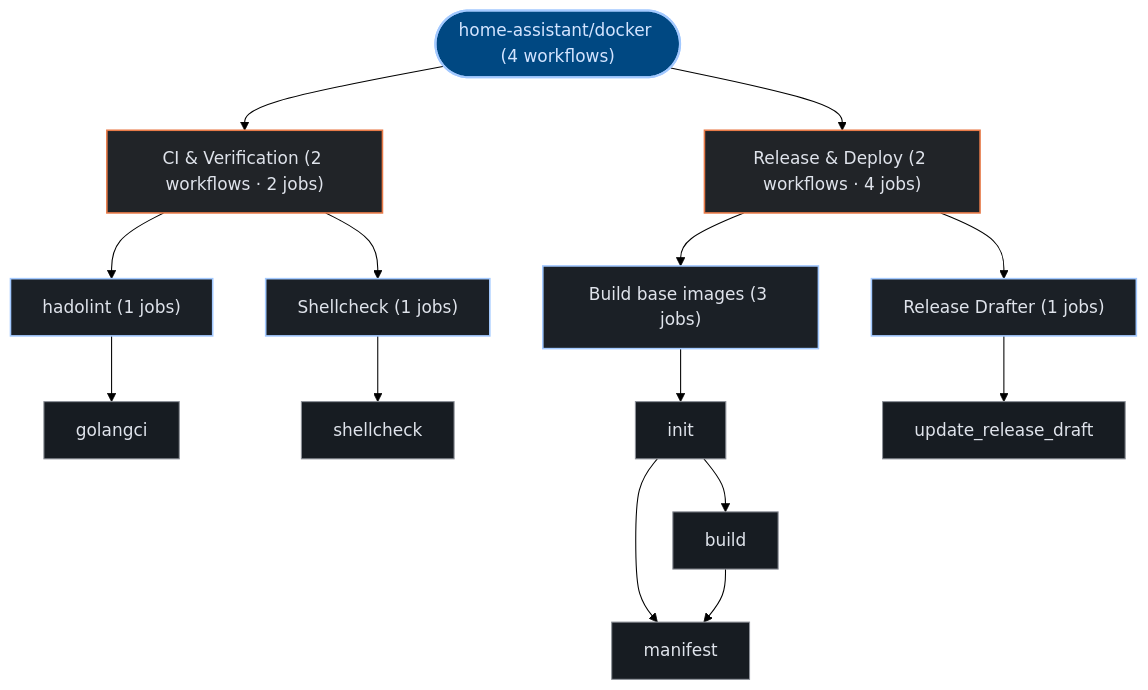
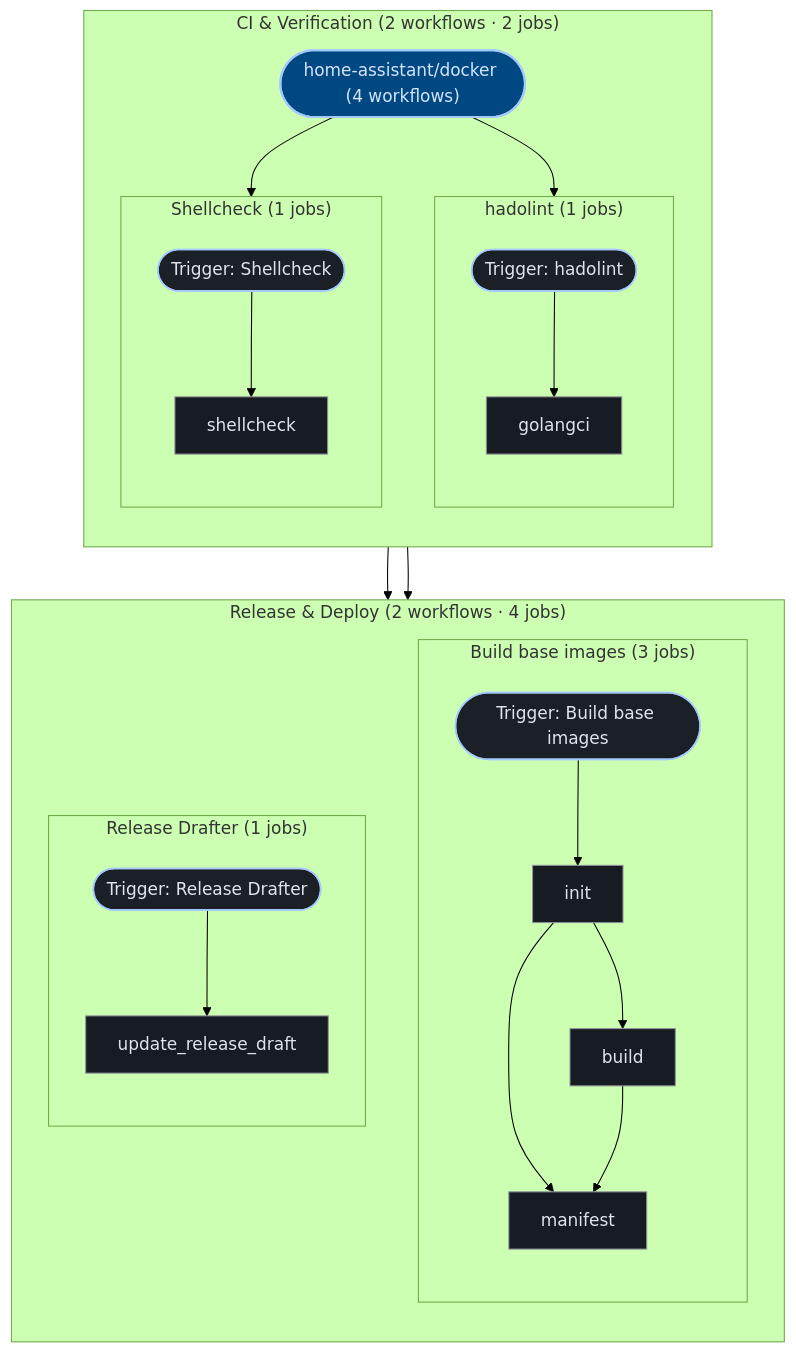
One commit to kumarshaz/atruss-code-atlas changed the second of 2 diagrams in exports/latest/reports/home-assistant-docker-report.md. Above: the diagram before and after it, drawn with Mermaid (forest theme). The commit also changed 181 other files, not shown here.

````diff
--- a/exports/latest/reports/home-assistant-docker-report.md
+++ b/exports/latest/reports/home-assistant-docker-report.md
@@ -81,36 +81,50 @@
 ```mermaid
 graph TD;
   classDef atlasRoot fill:#004882,stroke:#a3c9ff,stroke-width:2px,color:#d3e4ff
   classDef atlasCategory fill:#212428,stroke:#E87A48,stroke-width:1.5px,color:#dfe3eb
   classDef atlasWorkflow fill:#1b2026,stroke:#a3c9ff,stroke-width:1.5px,color:#dfe3eb
   classDef atlasJob fill:#171c22,stroke:#8d9199,stroke-width:1px,color:#dfe3eb
   classDef atlasTarget fill:#005227,stroke:#8bd99b,stroke-width:1.5px,color:#a7f6b6
   classDef atlasAlert fill:#93000a,stroke:#ffb4ab,stroke-width:1.5px,color:#ffdad6
   classDef atlasMore fill:#252a31,stroke:#8d9199,stroke-dasharray:4 4,color:#c3c6cf
   pipeline_root(["home-assistant/docker (4 workflows)"]):::atlasRoot
-  grp_0_CI___Verification["CI & Verification (2 workflows · 2 jobs)"]:::atlasCategory
-  pipeline_root --> grp_0_CI___Verification
-  wf_1_hadolint["hadolint (1 jobs)"]:::atlasWorkflow
-  grp_0_CI___Verification --> wf_1_hadolint
-  job_1_golangci["golangci"]:::atlasJob
-  wf_1_hadolint --> job_1_golangci
-  wf_3_Shellcheck["Shellcheck (1 jobs)"]:::atlasWorkflow
-  grp_0_CI___Verification --> wf_3_Shellcheck
-  job_3_shellcheck["shellcheck"]:::atlasJob
-  wf_3_Shellcheck --> job_3_shellcheck
-  grp_1_Release___Deploy["Release & Deploy (2 workflows · 4 jobs)"]:::atlasCategory
-  pipeline_root --> grp_1_Release___Deploy
-  wf_0_Build_base_images["Build base images (3 jobs)"]:::atlasWorkflow
-  grp_1_Release___Deploy --> wf_0_Build_base_images
-  job_0_init["init"]:::atlasJob
-  job_0_build["build"]:::atlasJob
-  job_0_manifest["manifest"]:::atlasJob
-  wf_0_Build_base_images --> job_0_init
-  job_0_init --> job_0_build
-  job_0_init --> job_0_manifest
-  job_0_build --> job_0_manifest
-  wf_2_Release_Drafter["Release Drafter (1 jobs)"]:::atlasWorkflow
-  grp_1_Release___Deploy --> wf_2_Release_Drafter
-  job_2_update_release_draft["update_release_draft"]:::atlasJob
-  wf_2_Release_Drafter --> job_2_update_release_draft
+  subgraph sg_grp_0_CI___Verification["CI & Verification (2 workflows · 2 jobs)"]
+    direction TB
+    subgraph sg_wf_1_hadolint["hadolint (1 jobs)"]
+      direction TB
+      wf_1_hadolint(["Trigger: hadolint"]):::atlasWorkflow
+      job_1_golangci["golangci"]:::atlasJob
+      wf_1_hadolint --> job_1_golangci
+    end
+    pipeline_root --> wf_1_hadolint
+    subgraph sg_wf_3_Shellcheck["Shellcheck (1 jobs)"]
+      direction TB
+      wf_3_Shellcheck(["Trigger: Shellcheck"]):::atlasWorkflow
+      job_3_shellcheck["shellcheck"]:::atlasJob
+      wf_3_Shellcheck --> job_3_shellcheck
+    end
+    pipeline_root --> wf_3_Shellcheck
+  end
+  subgraph sg_grp_1_Release___Deploy["Release & Deploy (2 workflows · 4 jobs)"]
+    direction TB
+    subgraph sg_wf_0_Build_base_images["Build base images (3 jobs)"]
+      direction TB
+      wf_0_Build_base_images(["Trigger: Build base images"]):::atlasWorkflow
+      job_0_init["init"]:::atlasJob
+      job_0_build["build"]:::atlasJob
+      job_0_manifest["manifest"]:::atlasJob
+      wf_0_Build_base_images --> job_0_init
+      job_0_init --> job_0_build
+      job_0_init --> job_0_manifest
+      job_0_build --> job_0_manifest
+    end
+    pipeline_root --> wf_0_Build_base_images
+    subgraph sg_wf_2_Release_Drafter["Release Drafter (1 jobs)"]
+      direction TB
+      wf_2_Release_Drafter(["Trigger: Release Drafter"]):::atlasWorkflow
+      job_2_update_release_draft["update_release_draft"]:::atlasJob
+      wf_2_Release_Drafter --> job_2_update_release_draft
+    end
+    pipeline_root --> wf_2_Release_Drafter
+  end
 ```
````
